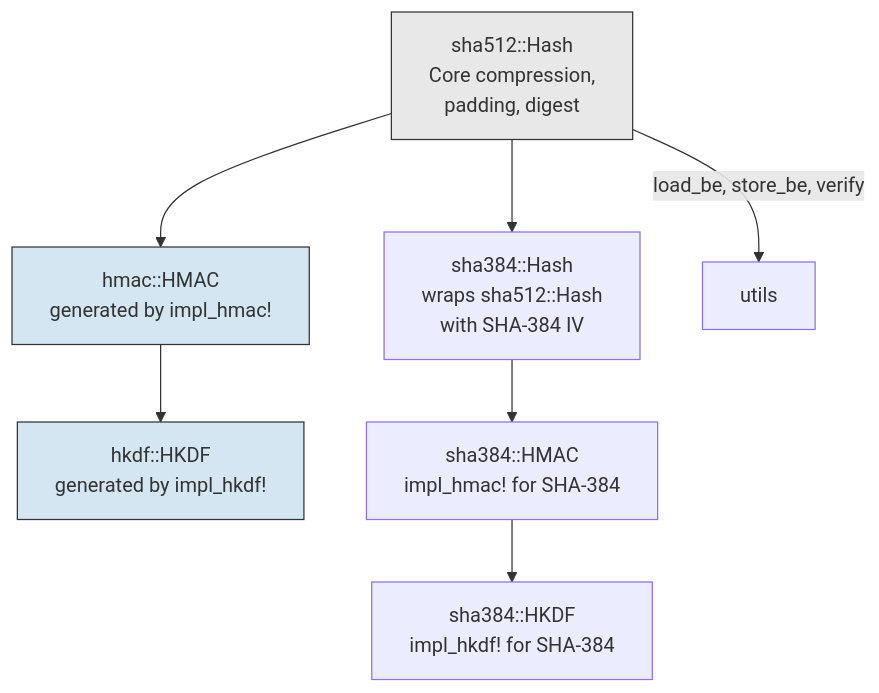
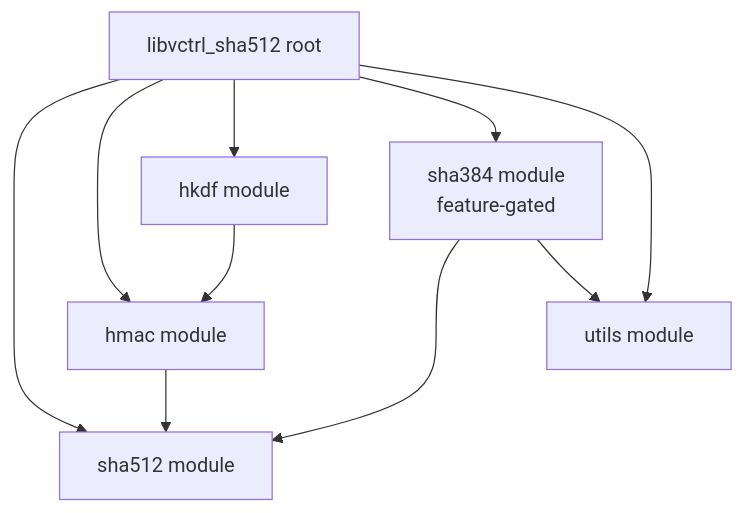
Before and after one commit to mroczect/libvctrl: the first of 4 diagrams in libvctrl_sha512/README.md, drawn with Mermaid. The commit also changed other lines of this file and 4 other files, not shown here.

````diff
--- a/libvctrl_sha512/README.md
+++ b/libvctrl_sha512/README.md
@@ -20,19 +74,20 @@
 ```mermaid
 graph TD
-    SHA512[sha512::Hash<br/>Core compression,<br/>padding, digest]
-    HMAC[hmac::HMAC<br/>generated by impl_hmac!]
-    HKDF[hkdf::HKDF<br/>generated by impl_hkdf!]
-    SHA384[sha384::Hash<br/>wraps sha512::Hash<br/>with SHA‑384 IV]
-    HMAC384[sha384::HMAC<br/>impl_hmac! for SHA‑384]
-    HKDF384[sha384::HKDF<br/>impl_hkdf! for SHA‑384]
+    ROOT[libvctrl_sha512 root]
+    SHA512[sha512 module]
+    HMAC[hmac module]
+    HKDF[hkdf module]
+    SHA384[sha384 module<br/>feature-gated]
+    UTILS[utils module]
 
-    SHA512 --> HMAC
-    HMAC --> HKDF
-    SHA512 --> SHA384
-    SHA384 --> HMAC384
-    HMAC384 --> HKDF384
-    SHA512 -->|load_be, store_be, verify| UTILS[utils]
-    style SHA512 fill:#e8e8e8,stroke:#333
-    style HMAC fill:#d4e6f1,stroke:#333
-    style HKDF fill:#d4e6f1,stroke:#333
+    ROOT --> SHA512
+    ROOT --> HMAC
+    ROOT --> HKDF
+    ROOT --> SHA384
+    ROOT --> UTILS
+
+    HMAC --> SHA512
+    HKDF --> HMAC
+    SHA384 --> SHA512
+    SHA384 --> UTILS
 ```
````
